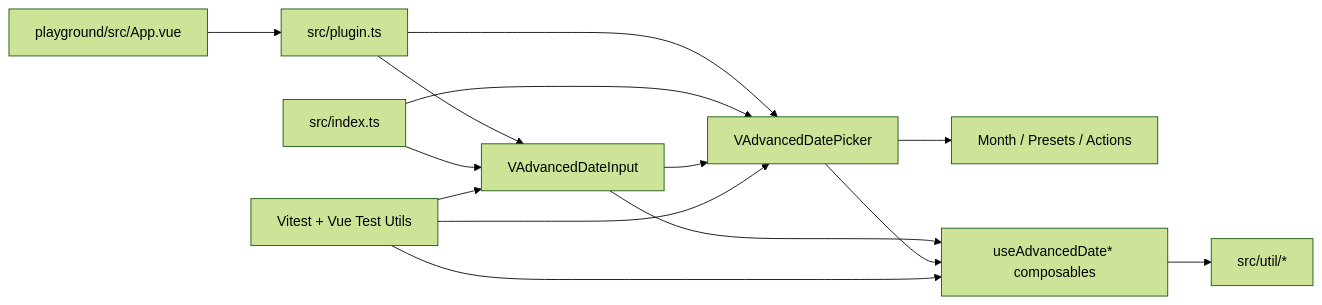
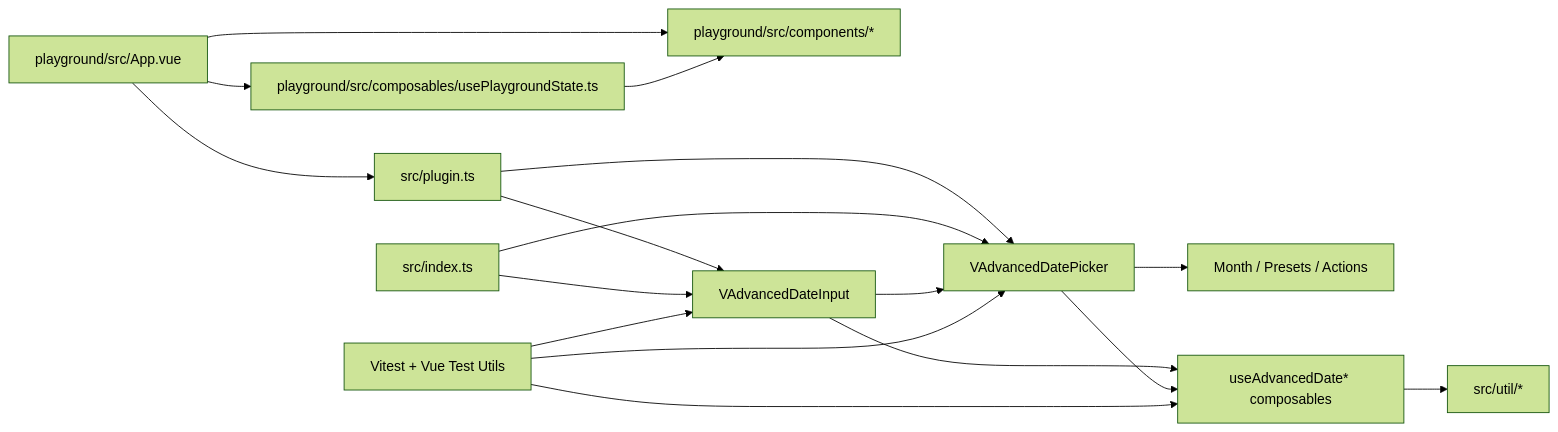
The diagram in AGENTS.md (gigerIT/vuetify-date-input-advanced), drawn with Mermaid (forest theme) before and after one commit. The commit also changed other lines of this file and 18 other files, not shown here.

````diff
--- a/AGENTS.md
+++ b/AGENTS.md
@@ -111,26 +113,31 @@
 ```mermaid
 flowchart LR
   Playground[playground/src/App.vue]
+  PlaygroundState[playground/src/composables/usePlaygroundState.ts]
+  PlaygroundUI[playground/src/components/*]
   Plugin[src/plugin.ts]
   Index[src/index.ts]
   Input[VAdvancedDateInput]
   Picker[VAdvancedDatePicker]
   Internal[Month / Presets / Actions]
   Composables[useAdvancedDate* composables]
   Utils[src/util/*]
   Tests[Vitest + Vue Test Utils]
 
   Playground --> Plugin
+  Playground --> PlaygroundState
+  Playground --> PlaygroundUI
+  PlaygroundState --> PlaygroundUI
   Plugin --> Input
   Plugin --> Picker
   Index --> Input
   Index --> Picker
   Input --> Picker
   Picker --> Internal
   Input --> Composables
   Picker --> Composables
   Composables --> Utils
   Tests --> Input
   Tests --> Picker
   Tests --> Composables
 ```
````
